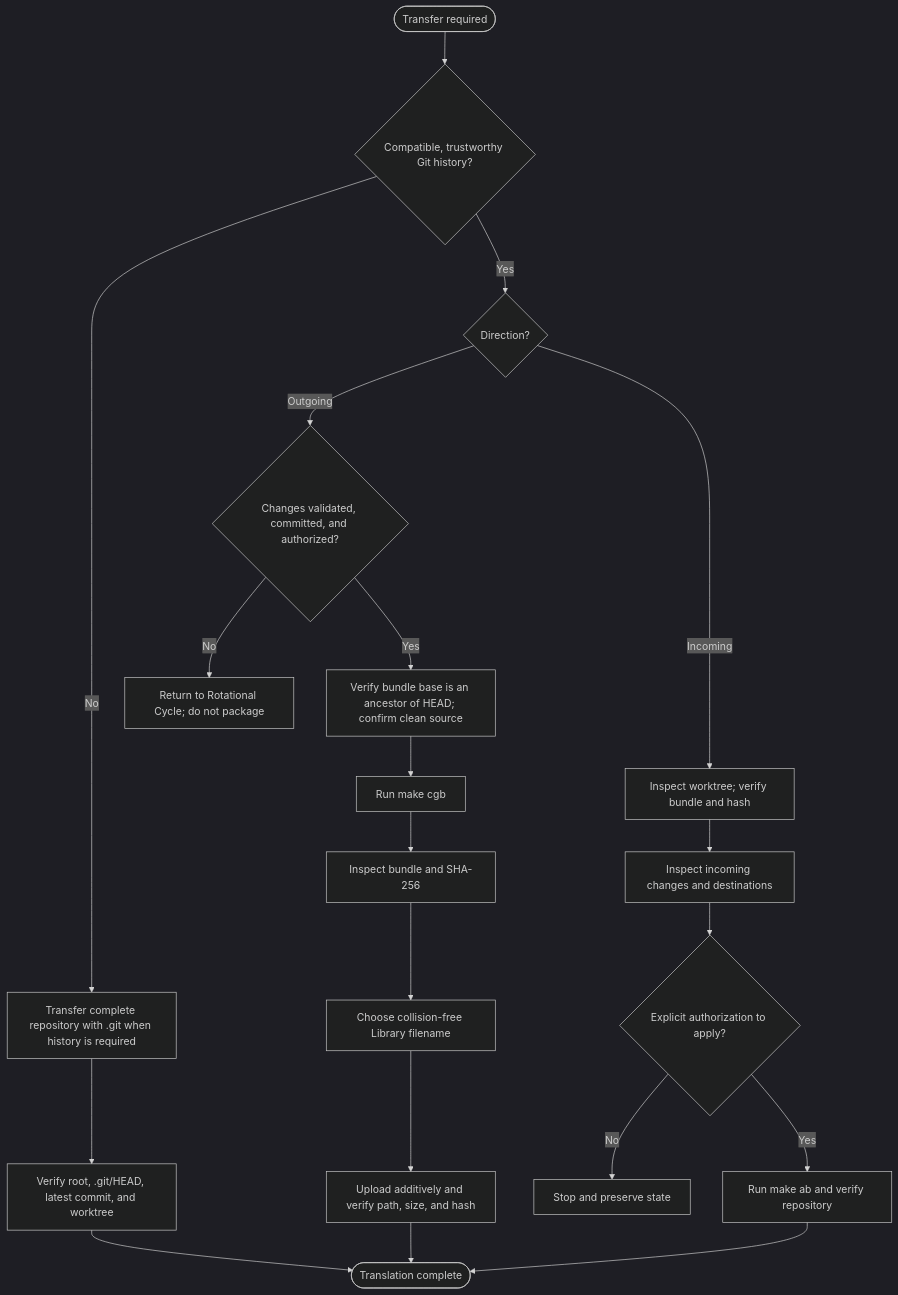
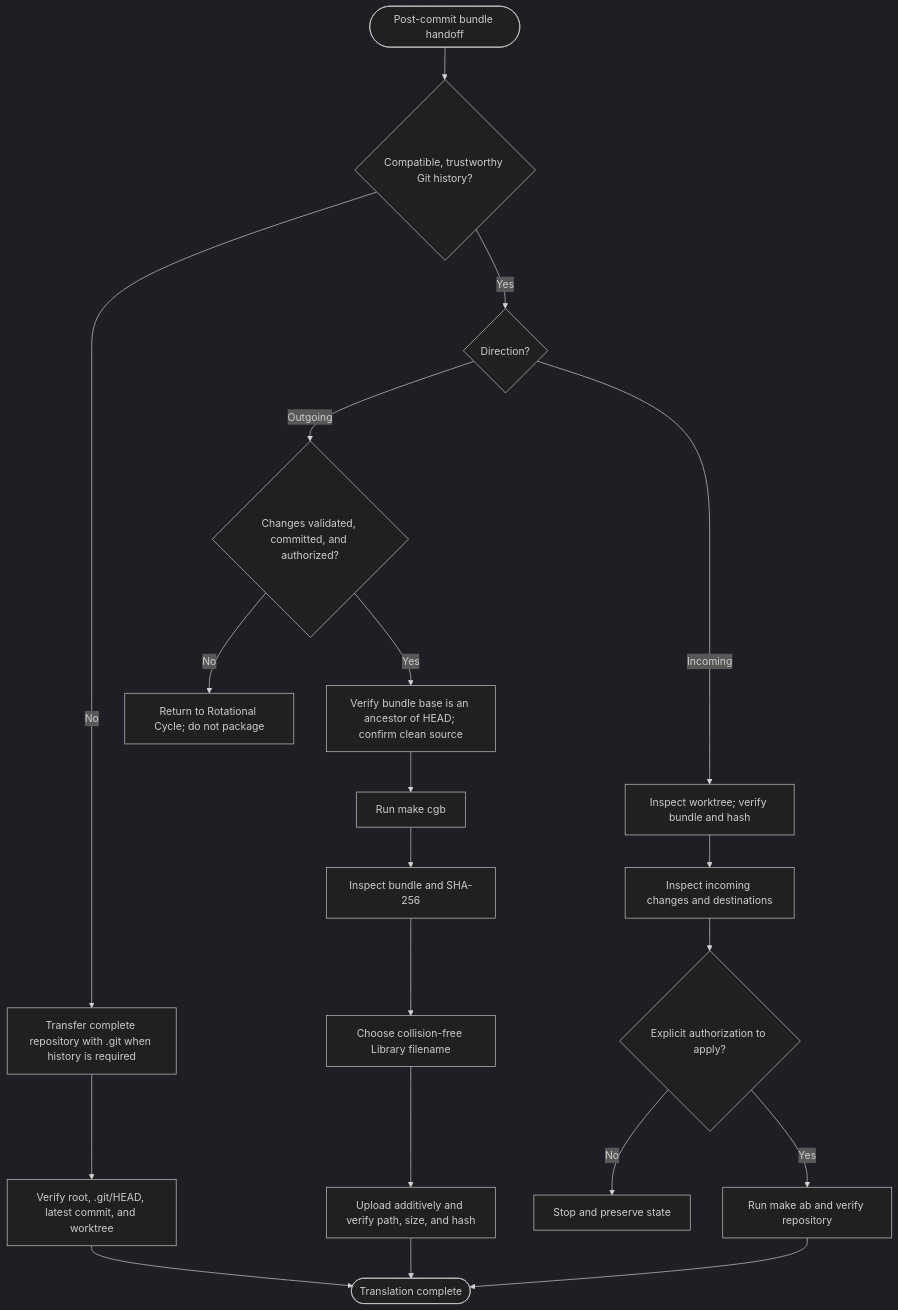
One commit to TheInternetTutor/trading_intel changed the second of 2 diagrams in README.md. Above: the diagram before and after it, drawn with Mermaid (dark theme). The commit also changed other lines of this file and 11 other files, not shown here.

Commit message:
Align README guidance with mandatory post-commit handoff

````diff
--- a/README.md
+++ b/README.md
@@ -42,22 +45,22 @@
 ```mermaid
 flowchart TD
-    A([Transfer required]) --> B{Compatible, trustworthy Git history?}
+    A([Post-commit bundle handoff]) --> B{Compatible, trustworthy Git history?}
     B -- No --> C[Transfer complete repository with .git when history is required]
     C --> D[Verify root, .git/HEAD, latest commit, and worktree]
     D --> Z([Translation complete])
     B -- Yes --> E{Direction?}
     E -- Outgoing --> F{Changes validated, committed, and authorized?}
     F -- No --> G[Return to Rotational Cycle; do not package]
     F -- Yes --> H[Verify bundle base is an ancestor of HEAD; confirm clean source]
     H --> I[Run make cgb]
     I --> J[Inspect bundle and SHA-256]
     J --> K[Choose collision-free Library filename]
     K --> L[Upload additively and verify path, size, and hash]
     L --> Z
     E -- Incoming --> M[Inspect worktree; verify bundle and hash]
     M --> N[Inspect incoming changes and destinations]
     N --> O{Explicit authorization to apply?}
     O -- No --> P[Stop and preserve state]
     O -- Yes --> Q[Run make ab and verify repository]
     Q --> Z
 ```
````
